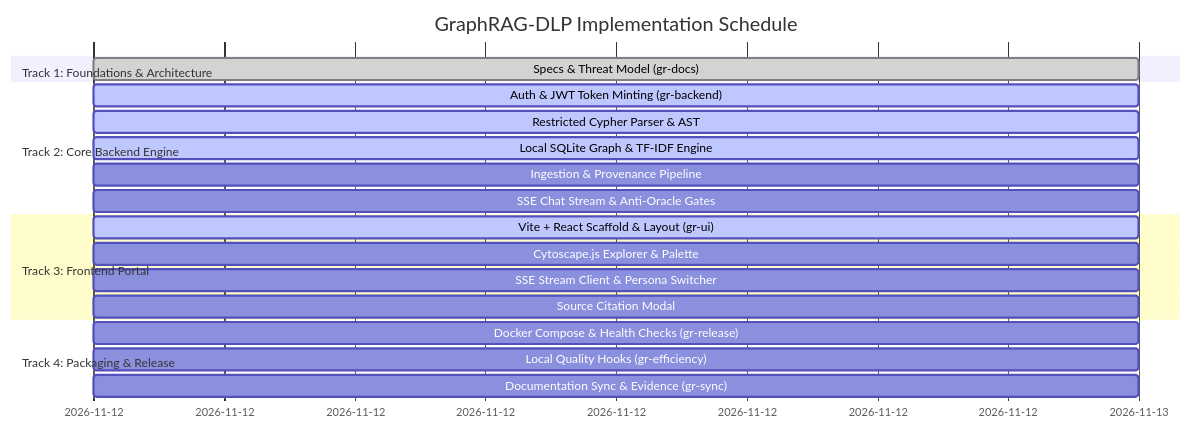
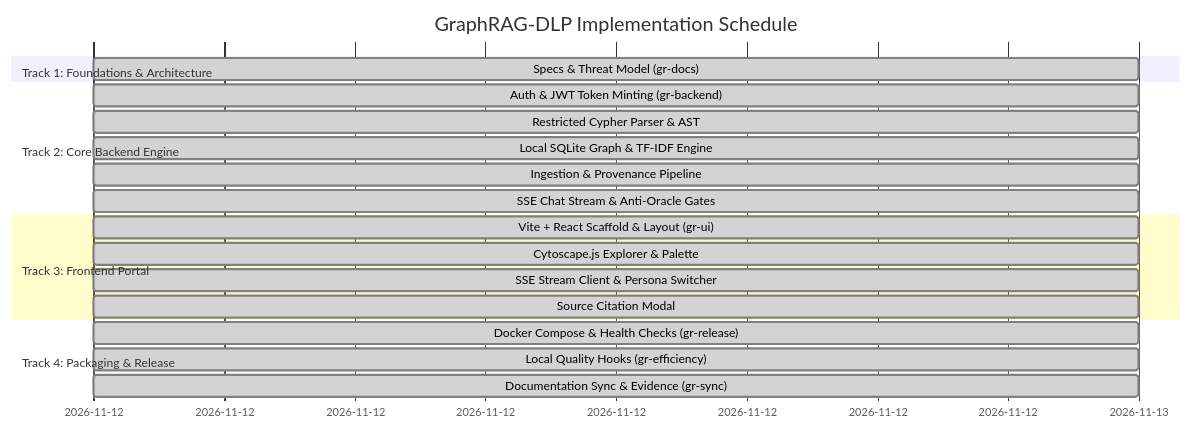
The diagram in docs/PLAN.md (addiee13/graphrag-dlp), drawn with Mermaid before and after one commit. The commit also changed other lines of this file and 4 other files, not shown here.

Commit message:
docs: synchronize architecture, security, plan, acceptance, and runbook with implemented system

````diff
--- a/docs/PLAN.md
+++ b/docs/PLAN.md
@@ -48,22 +50,22 @@
 ```mermaid
 gantt
     title GraphRAG-DLP Implementation Schedule
     dateFormat  YYYY-MM-DD
     section Track 1: Foundations & Architecture
     Specs & Threat Model (gr-docs)        :done, des1, 2026-11-12, 1d
     section Track 2: Core Backend Engine
-    Auth & JWT Token Minting (gr-backend) :active, be1, 2026-11-12, 1d
-    Restricted Cypher Parser & AST        :active, be2, 2026-11-12, 1d
-    Local SQLite Graph & TF-IDF Engine    :active, be3, 2026-11-12, 1d
-    Ingestion & Provenance Pipeline       :be4, 2026-11-12, 1d
-    SSE Chat Stream & Anti-Oracle Gates   :be5, 2026-11-12, 1d
+    Auth & JWT Token Minting (gr-backend) :done, be1, 2026-11-12, 1d
+    Restricted Cypher Parser & AST        :done, be2, 2026-11-12, 1d
+    Local SQLite Graph & TF-IDF Engine    :done, be3, 2026-11-12, 1d
+    Ingestion & Provenance Pipeline       :done, be4, 2026-11-12, 1d
+    SSE Chat Stream & Anti-Oracle Gates   :done, be5, 2026-11-12, 1d
     section Track 3: Frontend Portal
-    Vite + React Scaffold & Layout (gr-ui):active, fe1, 2026-11-12, 1d
-    Cytoscape.js Explorer & Palette       :fe2, 2026-11-12, 1d
-    SSE Stream Client & Persona Switcher  :fe3, 2026-11-12, 1d
-    Source Citation Modal                 :fe4, 2026-11-12, 1d
+    Vite + React Scaffold & Layout (gr-ui):done, fe1, 2026-11-12, 1d
+    Cytoscape.js Explorer & Palette       :done, fe2, 2026-11-12, 1d
+    SSE Stream Client & Persona Switcher  :done, fe3, 2026-11-12, 1d
+    Source Citation Modal                 :done, fe4, 2026-11-12, 1d
     section Track 4: Packaging & Release
-    Docker Compose & Health Checks (gr-release) :rel1, 2026-11-12, 1d
-    Local Quality Hooks (gr-efficiency)        :eff1, 2026-11-12, 1d
-    Documentation Sync & Evidence (gr-sync)    :sync1, 2026-11-12, 1d
+    Docker Compose & Health Checks (gr-release) :done, rel1, 2026-11-12, 1d
+    Local Quality Hooks (gr-efficiency)        :done, eff1, 2026-11-12, 1d
+    Documentation Sync & Evidence (gr-sync)    :done, sync1, 2026-11-12, 1d
 ```
````
